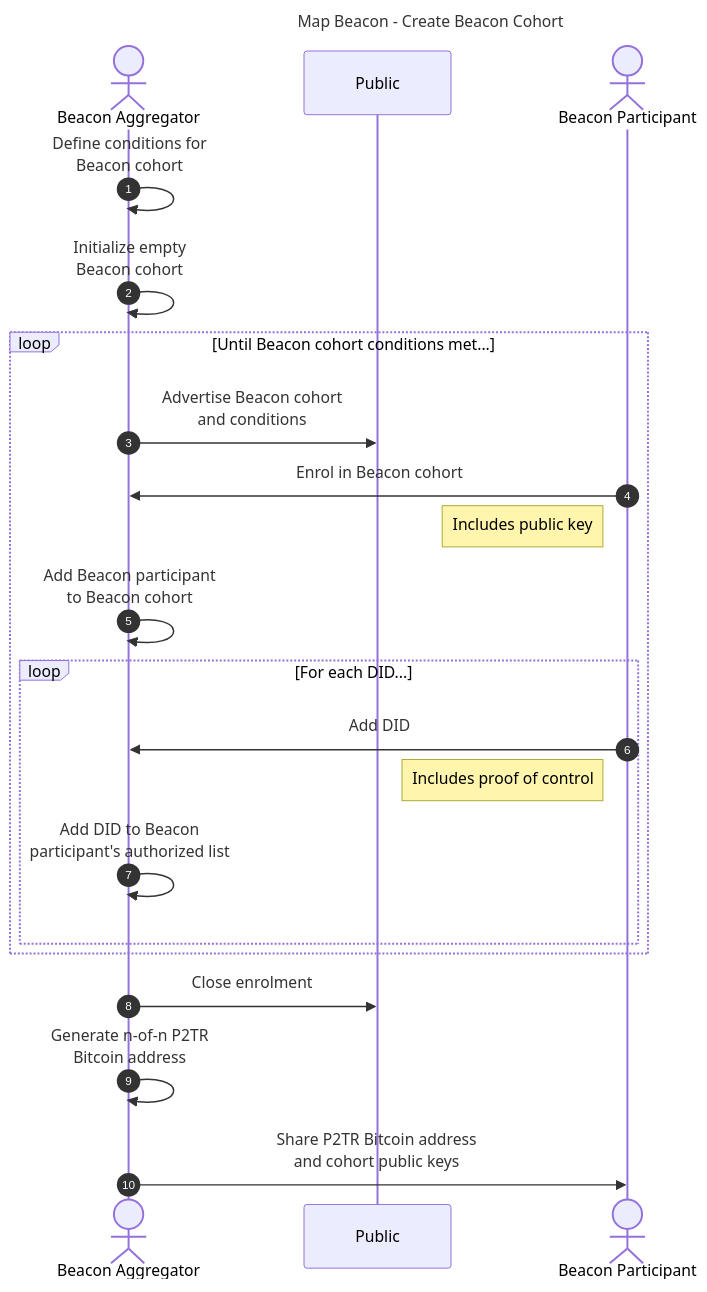
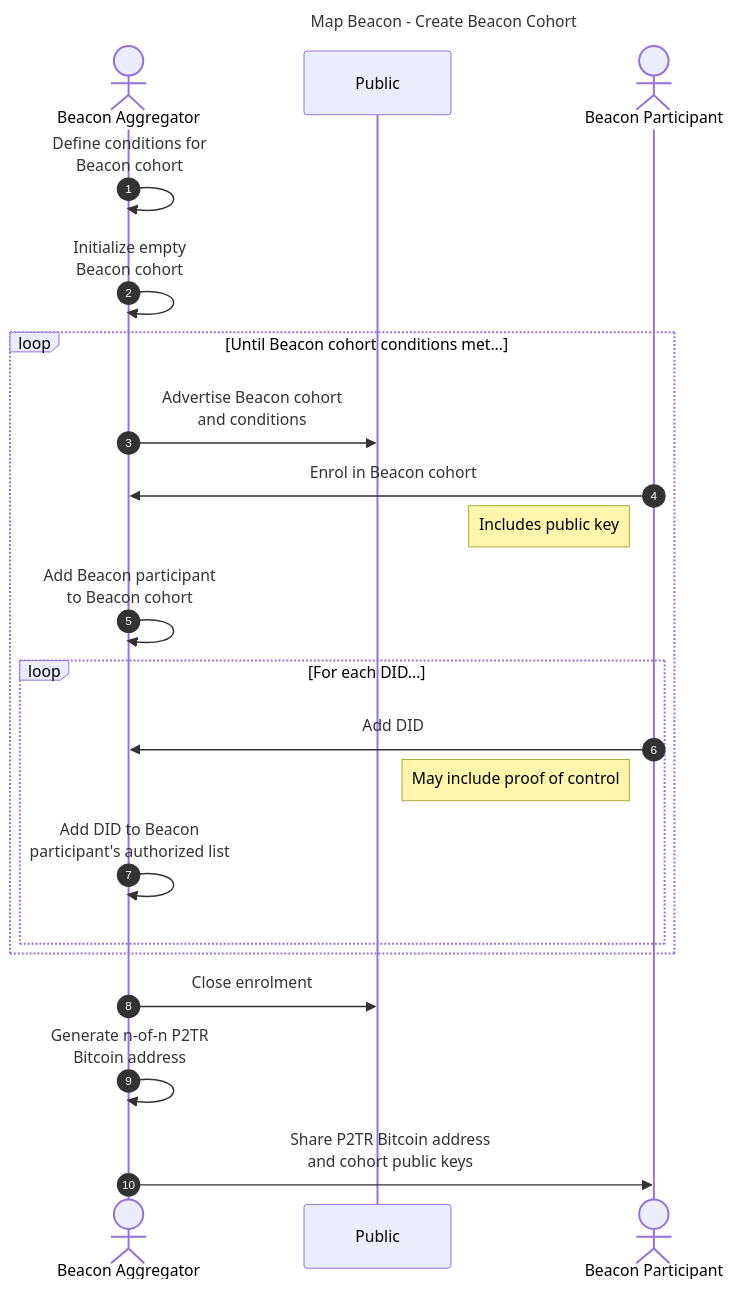
One commit to dcdpr/did-btc1 changed the first of 4 diagrams in chapters/Beacons.md. Above: the diagram before and after it, drawn with Mermaid. The commit also changed other lines of this file, not shown here.

Commit message:
Added introductory text to sequence diagrams.

````diff
--- a/chapters/Beacons.md
+++ b/chapters/Beacons.md
@@ -125,29 +127,29 @@
 ```mermaid
 sequenceDiagram
     autonumber
     title Map Beacon - Create Beacon Cohort
 
     actor A as Beacon Aggregator
     participant P as Public
     actor R as Beacon Participant
 
     A ->> A: Define conditions for<br/>Beacon cohort
     A ->> A: Initialize empty<br/>Beacon cohort
 
     loop Until Beacon cohort conditions met...
         A ->> P: Advertise Beacon cohort<br/>and conditions
         R ->> A: Enrol in Beacon cohort
         note left of R: Includes public key
         A ->> A: Add Beacon participant<br/>to Beacon cohort
 
         loop For each DID...
             R ->> A: Add DID
-            note left of R: Includes proof of control
+            note left of R: May include proof of control
             A ->> A: Add DID to Beacon<br/>participant's authorized list
         end
     end
 
     A ->> P: Close enrolment
     A ->> A: Generate n-of-n P2TR<br/>Bitcoin address
     A ->> R: Share P2TR Bitcoin address<br/>and cohort public keys
 ```
````
